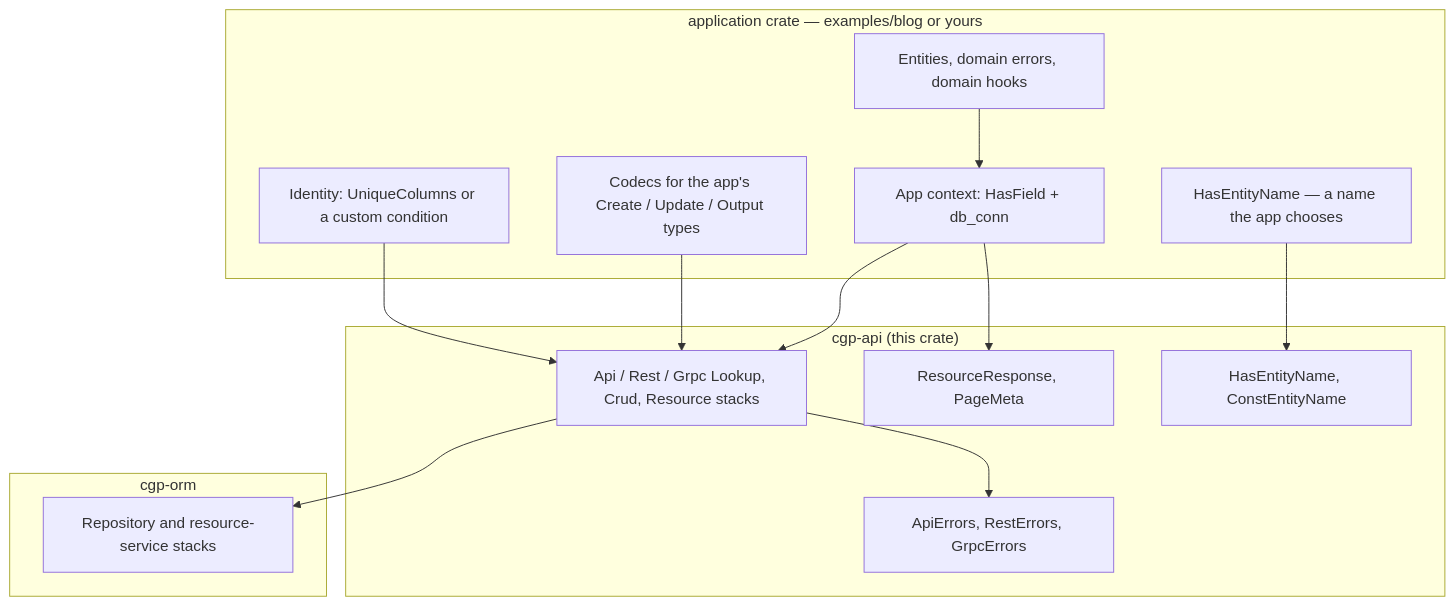
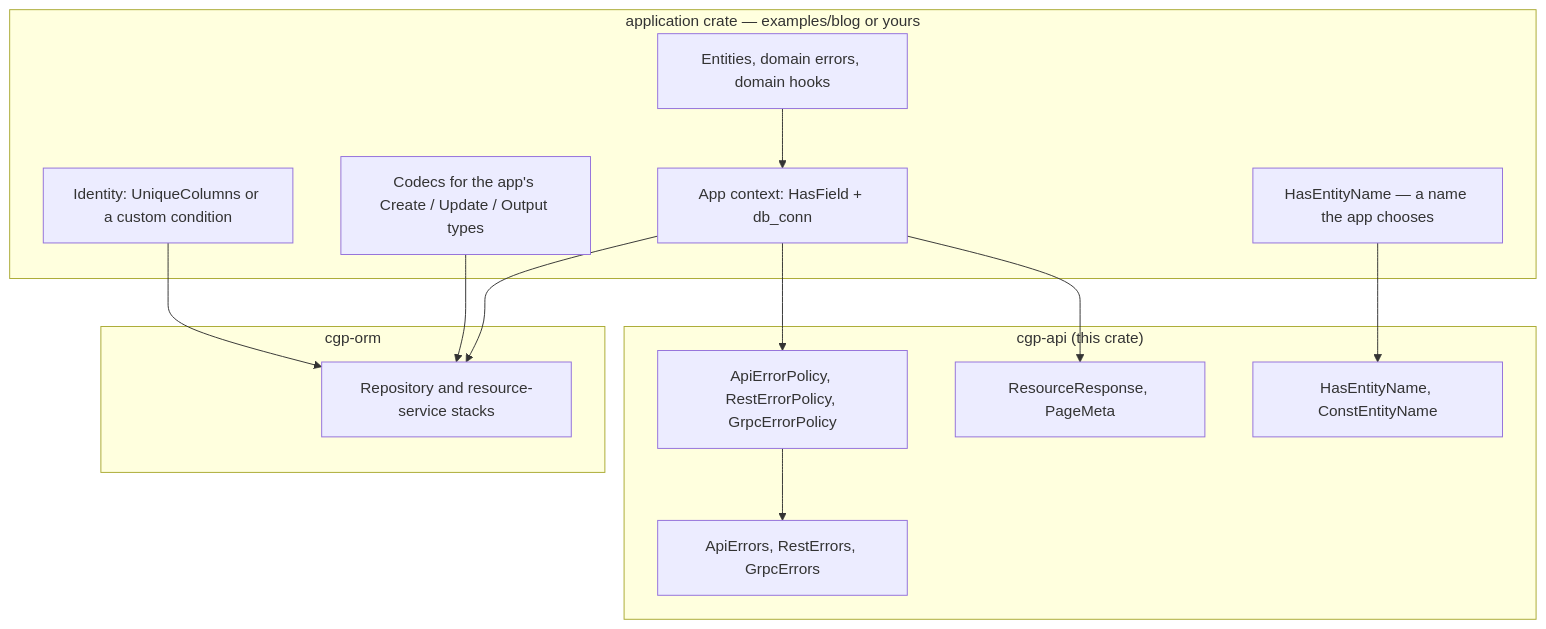
Before and after one commit to Just-Replicant/cgp-api: the diagram in ARCHITECTURE.md, drawn with Mermaid. The commit also changed other lines of this file and 3 other files, not shown here.

Commit message:
docs: document error policies and entity_api

````diff
--- a/ARCHITECTURE.md
+++ b/ARCHITECTURE.md
@@ -15,30 +15,30 @@
 ```mermaid
 flowchart TB
     subgraph app ["application crate — examples/blog or yours"]
         ctx["App context: HasField + db_conn"]
         codecs["Codecs for the app's Create / Update / Output types"]
         ident["Identity: UniqueColumns or a custom condition"]
         names["HasEntityName — a name the app chooses"]
         domain["Entities, domain errors, domain hooks"]
     end
 
     subgraph api ["cgp-api (this crate)"]
-        stacks["Api / Rest / Grpc Lookup, Crud, Resource stacks"]
+        policies["ApiErrorPolicy, RestErrorPolicy, GrpcErrorPolicy"]
         errors["ApiErrors, RestErrors, GrpcErrors"]
         resp["ResourceResponse, PageMeta"]
         accessor["HasEntityName, ConstEntityName"]
     end
 
     subgraph orm ["cgp-orm"]
         core["Repository and resource-service stacks"]
     end
 
-    ctx --> stacks
-    codecs --> stacks
-    ident --> stacks
+    ctx --> policies
+    ctx --> core
+    codecs --> core
+    ident --> core
     names --> accessor
-    stacks --> errors
-    stacks --> core
+    policies --> errors
     ctx --> resp
     domain --> ctx
 ```
````
